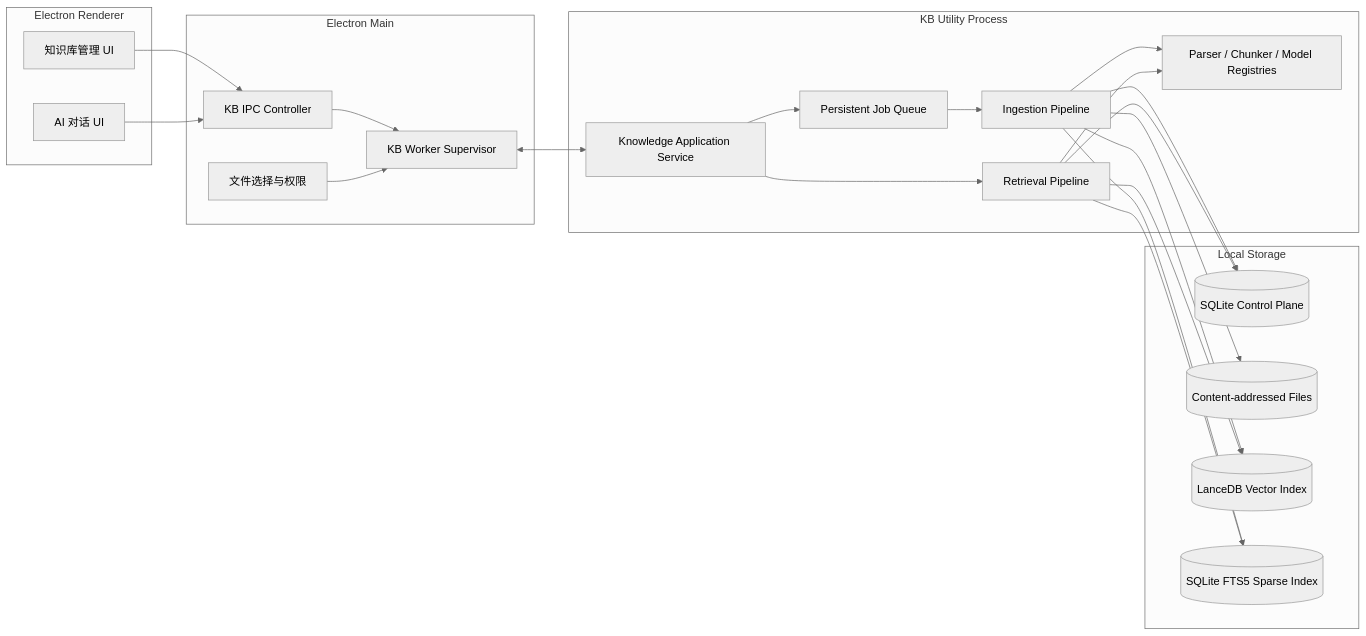
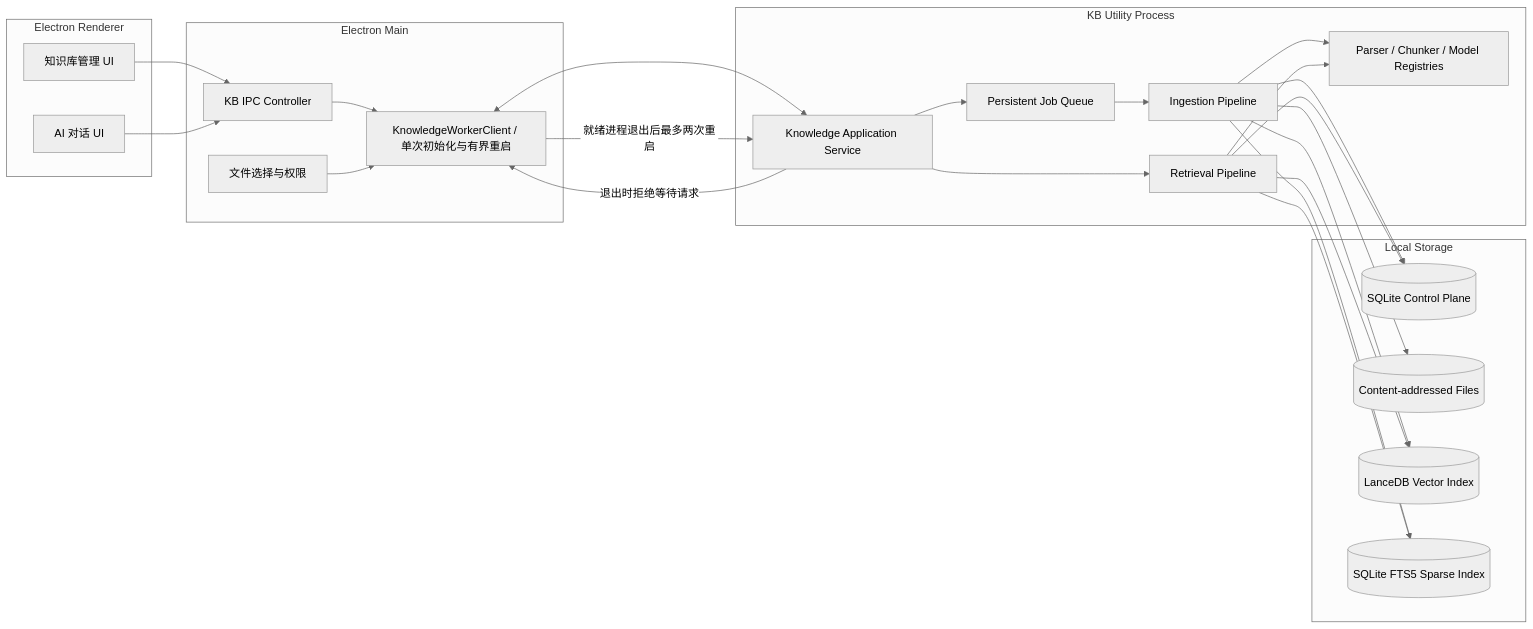
Before and after one commit to zhangxinggang/momo-ai: the first of 3 diagrams in docs/architecture/knowledge-base-rag-v2-detailed-design.md, drawn with Mermaid (neutral theme). The commit also changed other lines of this file and 777 other files, not shown here.

````diff
--- a/docs/architecture/knowledge-base-rag-v2-detailed-design.md
+++ b/docs/architecture/knowledge-base-rag-v2-detailed-design.md
@@ -137,46 +137,48 @@
 ```mermaid
 flowchart LR
   subgraph Renderer[Electron Renderer]
     KBUI[知识库管理 UI]
     ChatUI[AI 对话 UI]
   end
 
   subgraph Main[Electron Main]
     IPC[KB IPC Controller]
-    SUP[KB Worker Supervisor]
+    SUP[KnowledgeWorkerClient / 单次初始化与有界重启]
     PERM[文件选择与权限]
   end
 
   subgraph Worker[KB Utility Process]
     APP[Knowledge Application Service]
     JOB[Persistent Job Queue]
     INGEST[Ingestion Pipeline]
     RETRIEVE[Retrieval Pipeline]
     REG[Parser / Chunker / Model Registries]
   end
 
   subgraph Storage[Local Storage]
     SQLITE[(SQLite Control Plane)]
     BLOBS[(Content-addressed Files)]
     LANCE[(LanceDB Vector Index)]
     FTS[(SQLite FTS5 Sparse Index)]
   end
 
   KBUI --> IPC
   ChatUI --> IPC
   IPC --> SUP
   PERM --> SUP
   SUP <--> APP
+  APP -->|退出时拒绝等待请求| SUP
+  SUP -->|就绪进程退出后最多两次重启| APP
   APP --> JOB
   JOB --> INGEST
   APP --> RETRIEVE
   INGEST --> REG
   RETRIEVE --> REG
   INGEST --> SQLITE
   INGEST --> BLOBS
   INGEST --> LANCE
   INGEST --> FTS
   RETRIEVE --> SQLITE
   RETRIEVE --> LANCE
   RETRIEVE --> FTS
 ```
````
